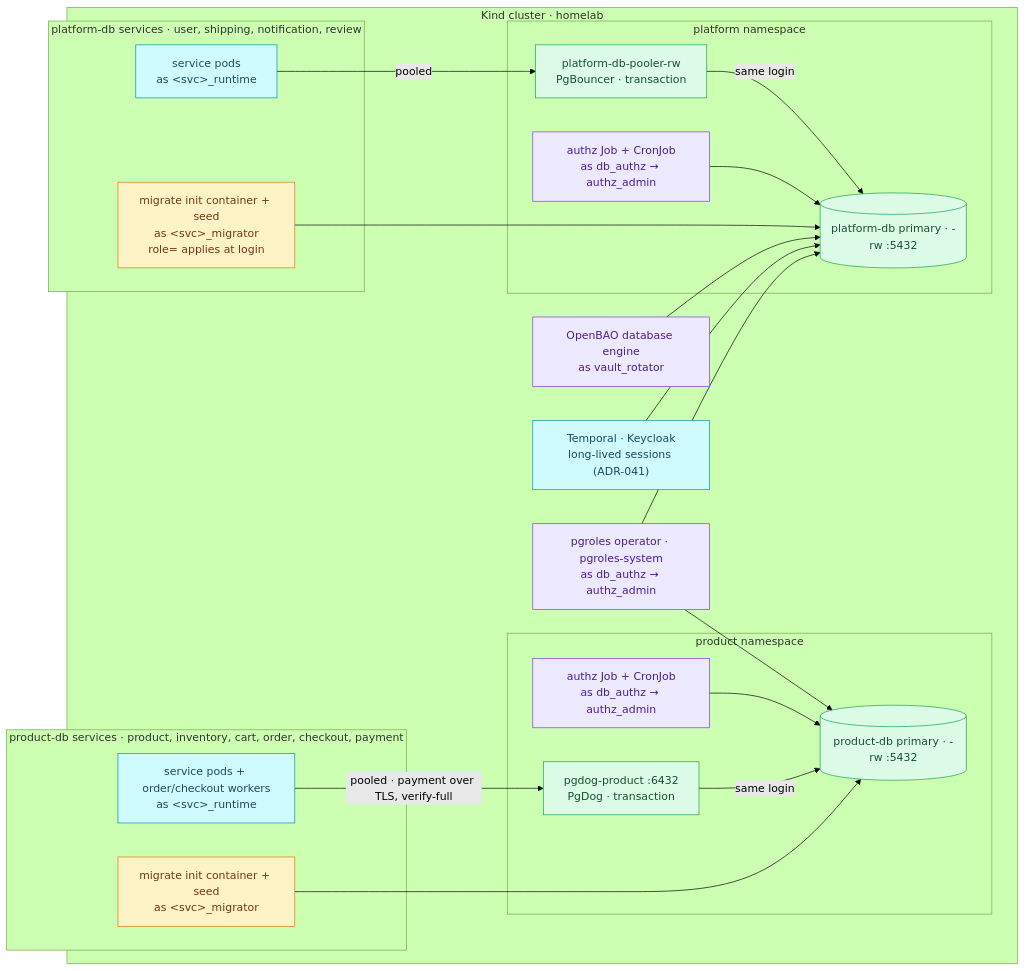
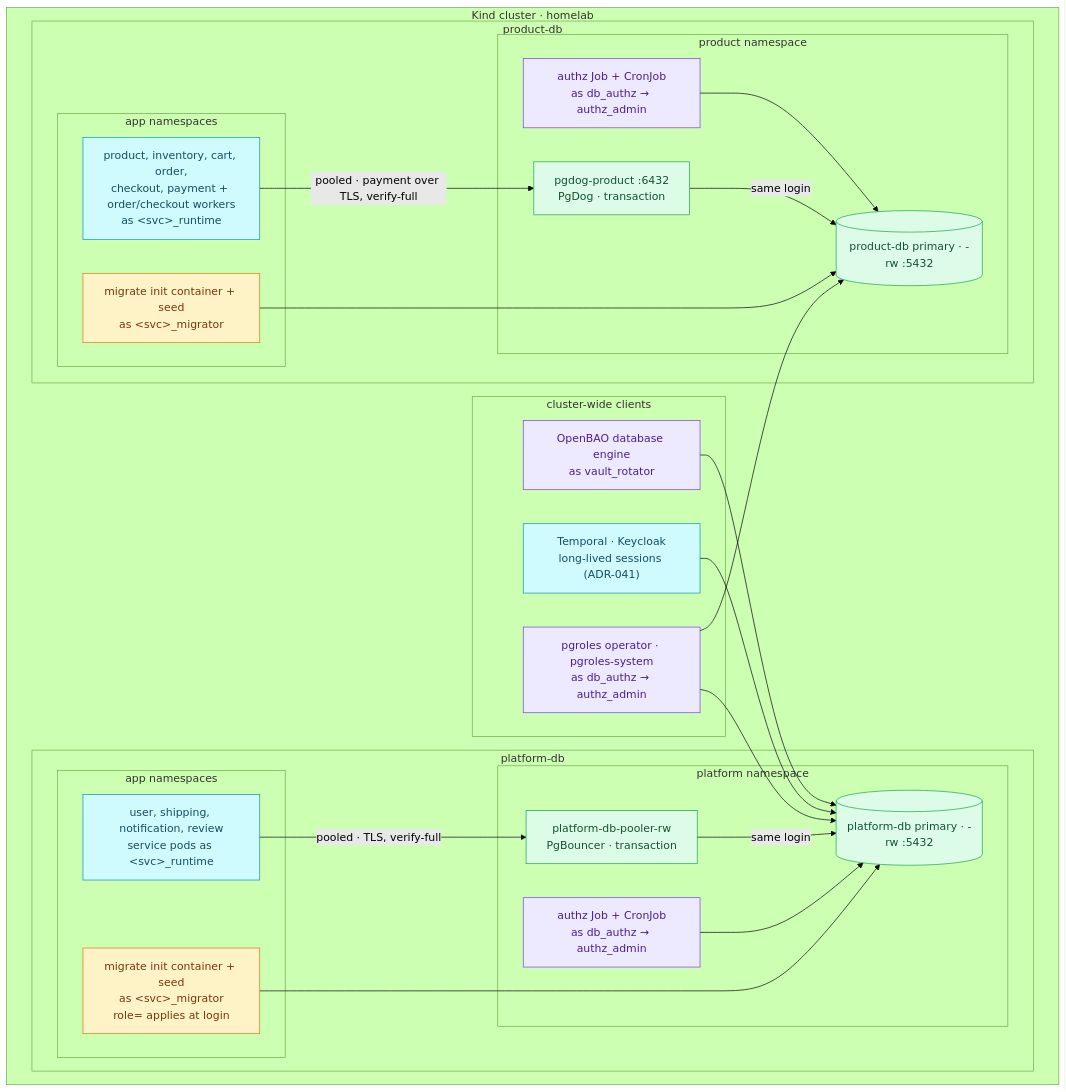
One commit to duynhlab/homelab changed the first of 2 diagrams in docs/databases/authorization.md. Above: the diagram before and after it, drawn with Mermaid (forest theme). The commit also changed 18 other files, not shown here.

First line of the commit message:
Verify PgBouncer from platform-db services (#1294)

````diff
--- a/docs/databases/authorization.md
+++ b/docs/databases/authorization.md
@@ -56,42 +56,48 @@
 ```mermaid
 flowchart TB
     subgraph cluster["Kind cluster · homelab"]
-        subgraph papps["platform-db services · user, shipping, notification, review"]
-            ppod["service pods<br/>as &lt;svc&gt;_runtime"]:::service
-            pmig["migrate init container + seed<br/>as &lt;svc&gt;_migrator<br/>role= applies at login"]:::worker
+        subgraph shared["cluster-wide clients"]
+            pgr["pgroles operator · pgroles-system<br/>as db_authz → authz_admin"]:::platform
+            bao["OpenBAO database engine<br/>as vault_rotator"]:::platform
+            other["Temporal · Keycloak<br/>long-lived sessions (ADR-041)"]:::service
         end
-        subgraph rapps["product-db services · product, inventory, cart, order, checkout, payment"]
-            rpod["service pods + order/checkout workers<br/>as &lt;svc&gt;_runtime"]:::service
-            rmig["migrate init container + seed<br/>as &lt;svc&gt;_migrator"]:::worker
+        subgraph pside["platform-db"]
+            subgraph papps["app namespaces"]
+                ppod["user, shipping, notification, review<br/>service pods as &lt;svc&gt;_runtime"]:::service
+                pmig["migrate init container + seed<br/>as &lt;svc&gt;_migrator<br/>role= applies at login"]:::worker
+            end
+            subgraph plat["platform namespace"]
+                pjob["authz Job + CronJob<br/>as db_authz → authz_admin"]:::platform
+                pooler["platform-db-pooler-rw<br/>PgBouncer · transaction"]:::data
+                prw[("platform-db primary · -rw :5432")]:::data
+            end
         end
-        pgr["pgroles operator · pgroles-system<br/>as db_authz → authz_admin"]:::platform
-        bao["OpenBAO database engine<br/>as vault_rotator"]:::platform
-        other["Temporal · Keycloak<br/>long-lived sessions (ADR-041)"]:::service
-        subgraph plat["platform namespace"]
-            pjob["authz Job + CronJob<br/>as db_authz → authz_admin"]:::platform
-            pooler["platform-db-pooler-rw<br/>PgBouncer · transaction"]:::data
-            prw[("platform-db primary · -rw :5432")]:::data
-        end
-        subgraph prod["product namespace"]
-            rjob["authz Job + CronJob<br/>as db_authz → authz_admin"]:::platform
-            pgdog["pgdog-product :6432<br/>PgDog · transaction"]:::data
-            rrw[("product-db primary · -rw :5432")]:::data
+        subgraph rside["product-db"]
+            subgraph rapps["app namespaces"]
+                rpod["product, inventory, cart, order,<br/>checkout, payment + order/checkout workers<br/>as &lt;svc&gt;_runtime"]:::service
+                rmig["migrate init container + seed<br/>as &lt;svc&gt;_migrator"]:::worker
+            end
+            subgraph prod["product namespace"]
+                rjob["authz Job + CronJob<br/>as db_authz → authz_admin"]:::platform
+                pgdog["pgdog-product :6432<br/>PgDog · transaction"]:::data
+                rrw[("product-db primary · -rw :5432")]:::data
+            end
         end
     end
 
-    ppod -->|"pooled"| pooler -->|"same login"| prw
+    ppod -->|"pooled · TLS, verify-full"| pooler -->|"same login"| prw
     pmig --> prw
     pjob --> prw
     bao --> prw
     other --> prw
     rpod -->|"pooled · payment over TLS, verify-full"| pgdog -->|"same login"| rrw
     rmig --> rrw
     rjob --> rrw
     pgr --> prw
     pgr --> rrw
 
     classDef service fill:#cffafe,color:#164e63,stroke:#0891b2;
     classDef worker fill:#fef3c7,color:#78350f,stroke:#d97706;
     classDef platform fill:#ede9fe,color:#4c1d95,stroke:#7c3aed;
     classDef data fill:#dcfce7,color:#14532d,stroke:#16a34a;
 ```
````
